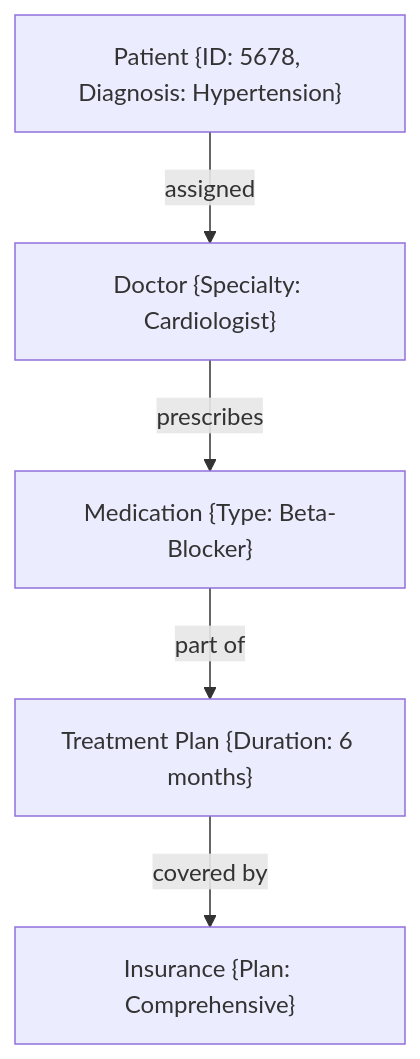
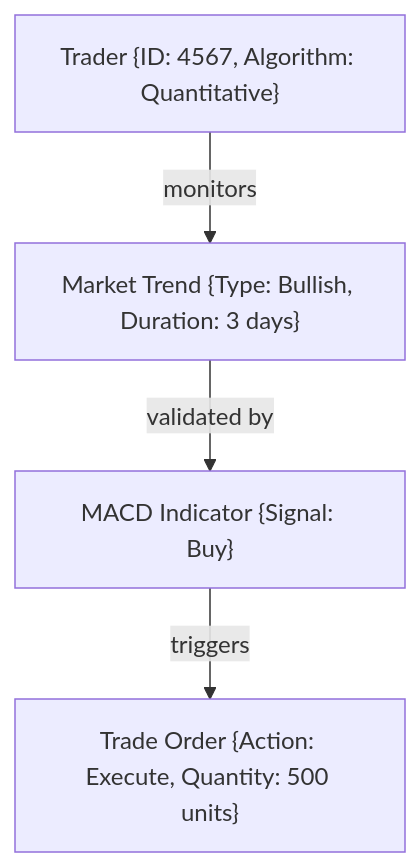
One commit to TheGuyFromTheApprentice/ActiveGraphNetworks changed the seventh of 8 diagrams in README.md. Above: the diagram before and after it, drawn with Mermaid. The commit also changed other lines of this file, not shown here.

````diff
--- a/README.md
+++ b/README.md
@@ -115,12 +145,10 @@
 ```mermaid
 graph TD;
-    Patient["Patient {ID: 5678, Diagnosis: Hypertension}"]
-    Doctor["Doctor {Specialty: Cardiologist}"]
-    Medication["Medication {Type: Beta-Blocker}"]
-    TreatmentPlan["Treatment Plan {Duration: 6 months}"]
-    Insurance["Insurance {Plan: Comprehensive}"]
-    Patient -->|assigned| Doctor
-    Doctor -->|prescribes| Medication
-    Medication -->|part of| TreatmentPlan
-    TreatmentPlan -->|covered by| Insurance
+    Trader["Trader {ID: 4567, Algorithm: Quantitative}"]
+    IndicatorMACD["MACD Indicator {Signal: Buy}"]
+    MarketTrend["Market Trend {Type: Bullish, Duration: 3 days}"]
+    TradeOrder["Trade Order {Action: Execute, Quantity: 500 units}"]
+    Trader -->|monitors| MarketTrend
+    MarketTrend -->|validated by| IndicatorMACD
+    IndicatorMACD -->|triggers| TradeOrder
 ```
````
